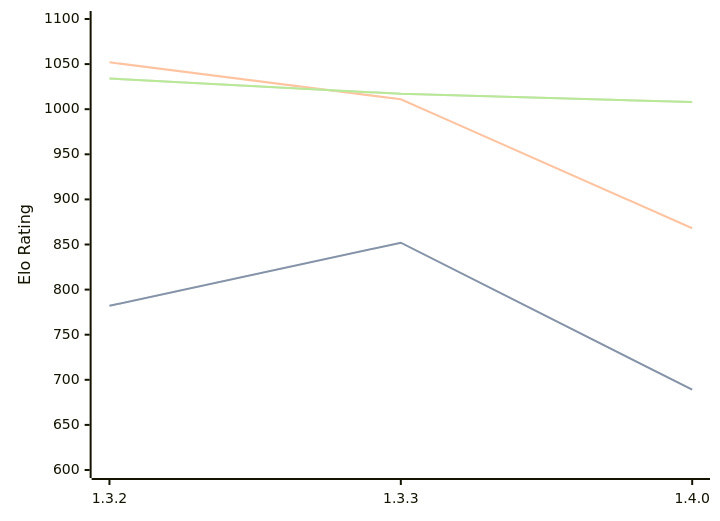
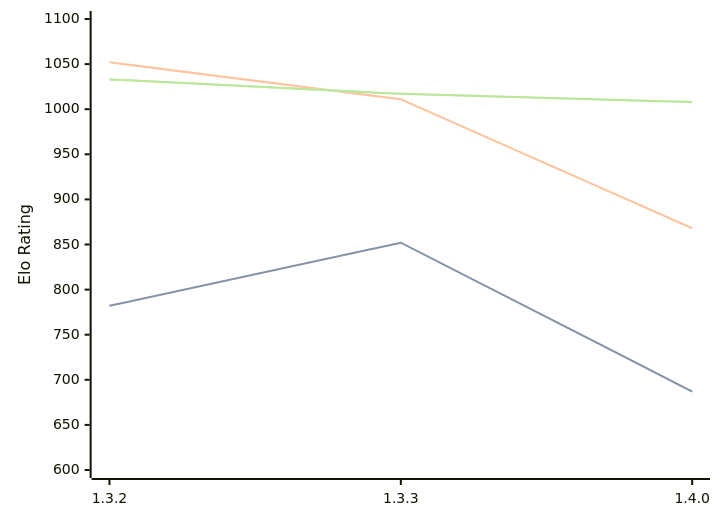
The diagram in engines/Whitespine.md (computer-chess-index/cci), drawn with Mermaid before and after one commit. The commit also changed other lines of this file, not shown here.

Commit message:
Update CCI Ratings (ELO VLTC) - 2026-07-22

````diff
--- a/engines/Whitespine.md
+++ b/engines/Whitespine.md
@@ -36,11 +36,11 @@
 ```mermaid
 %%{init: {"theme":"base","themeVariables":{"seriesColors:['#a3a3a3','#222221','#faa371']}}}%%
 xychart-beta
   x-axis ["1.3.2", "1.3.3", "1.4.0"]
   y-axis "Elo Rating" 600 --> 1100
-  line "STC (8.0+0.08s)" [782, 852, 689]
-  line "STC (8.0+0.08s)" [782, 852, 689]
+  line "STC (8.0+0.08s)" [782, 852, 687]
+  line "STC (8.0+0.08s)" [782, 852, 687]
   line "LTC (60.0+0.60s)" [1052, 1011, 868]
-  line "VLTC (2m24s+1.12s)" [1034, 1017, 1008]
-  line "VLTC (2m24s+1.12s)" [1034, 1017, 1008]
+  line "VLTC (2m24s+1.12s)" [1033, 1017, 1008]
+  line "VLTC (2m24s+1.12s)" [1033, 1017, 1008]
 ```
````
